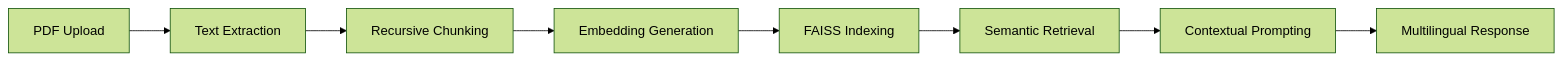
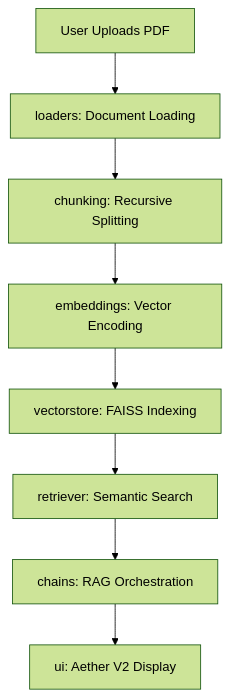
Before and after one commit to bittush8789/genai-pdf-chat: the diagram in README.md, drawn with Mermaid (forest theme). The commit also changed other lines of this file, not shown here.

Commit message:
Update README.md with detailed Architecture Layers and Modular Design breakdown

````diff
--- a/README.md
+++ b/README.md
@@ -36,10 +36,10 @@
 ```mermaid
-graph LR
-    A[PDF Upload] --> B[Text Extraction]
-    B --> C[Recursive Chunking]
-    C --> D[Embedding Generation]
-    D --> E[FAISS Indexing]
-    E --> F[Semantic Retrieval]
-    F --> G[Contextual Prompting]
-    G --> H[Multilingual Response]
+graph TD
+    A[User Uploads PDF] --> B[loaders: Document Loading]
+    B --> C[chunking: Recursive Splitting]
+    C --> D[embeddings: Vector Encoding]
+    D --> E[vectorstore: FAISS Indexing]
+    E --> F[retriever: Semantic Search]
+    F --> G[chains: RAG Orchestration]
+    G --> H[ui: Aether V2 Display]
 ```
````
